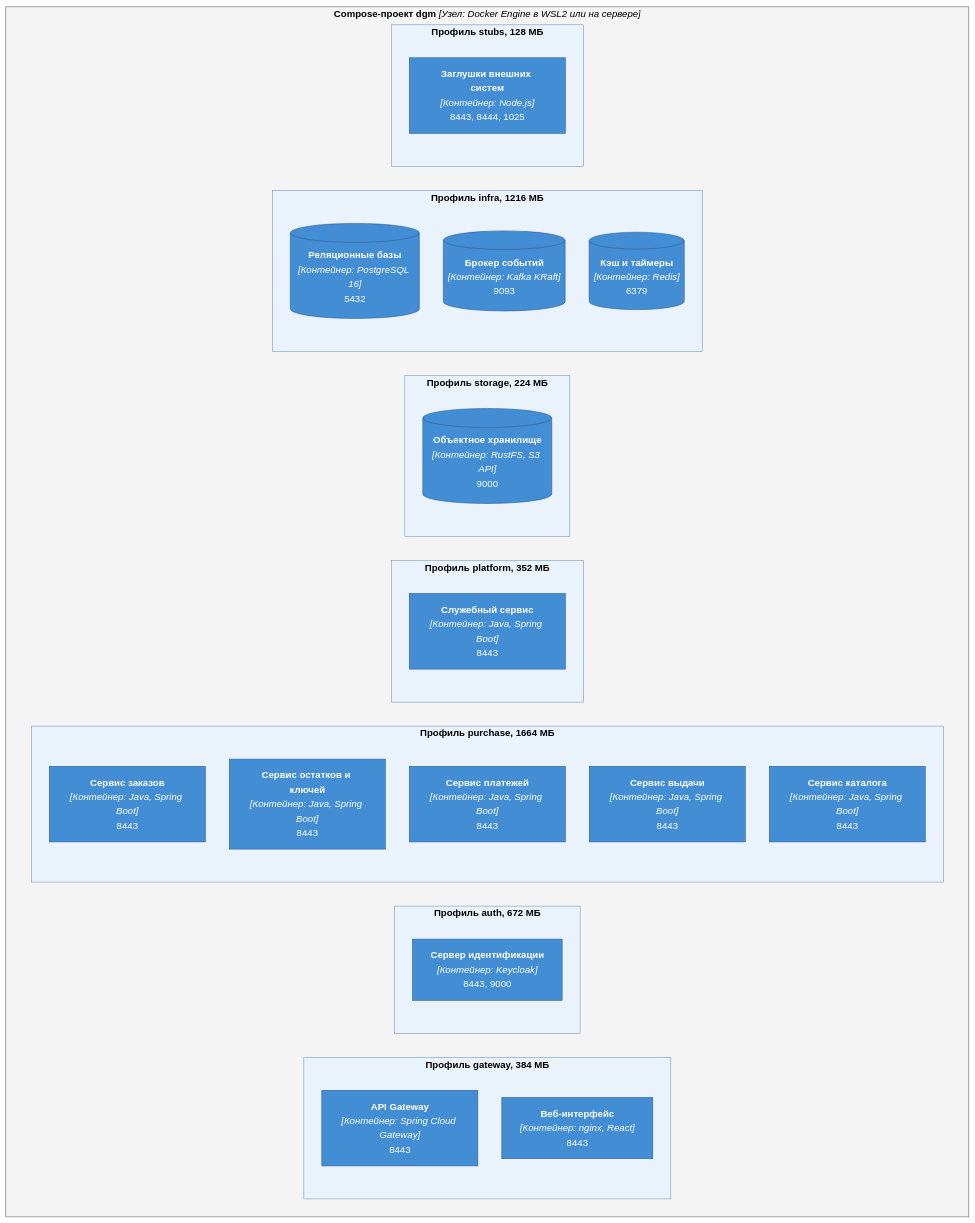
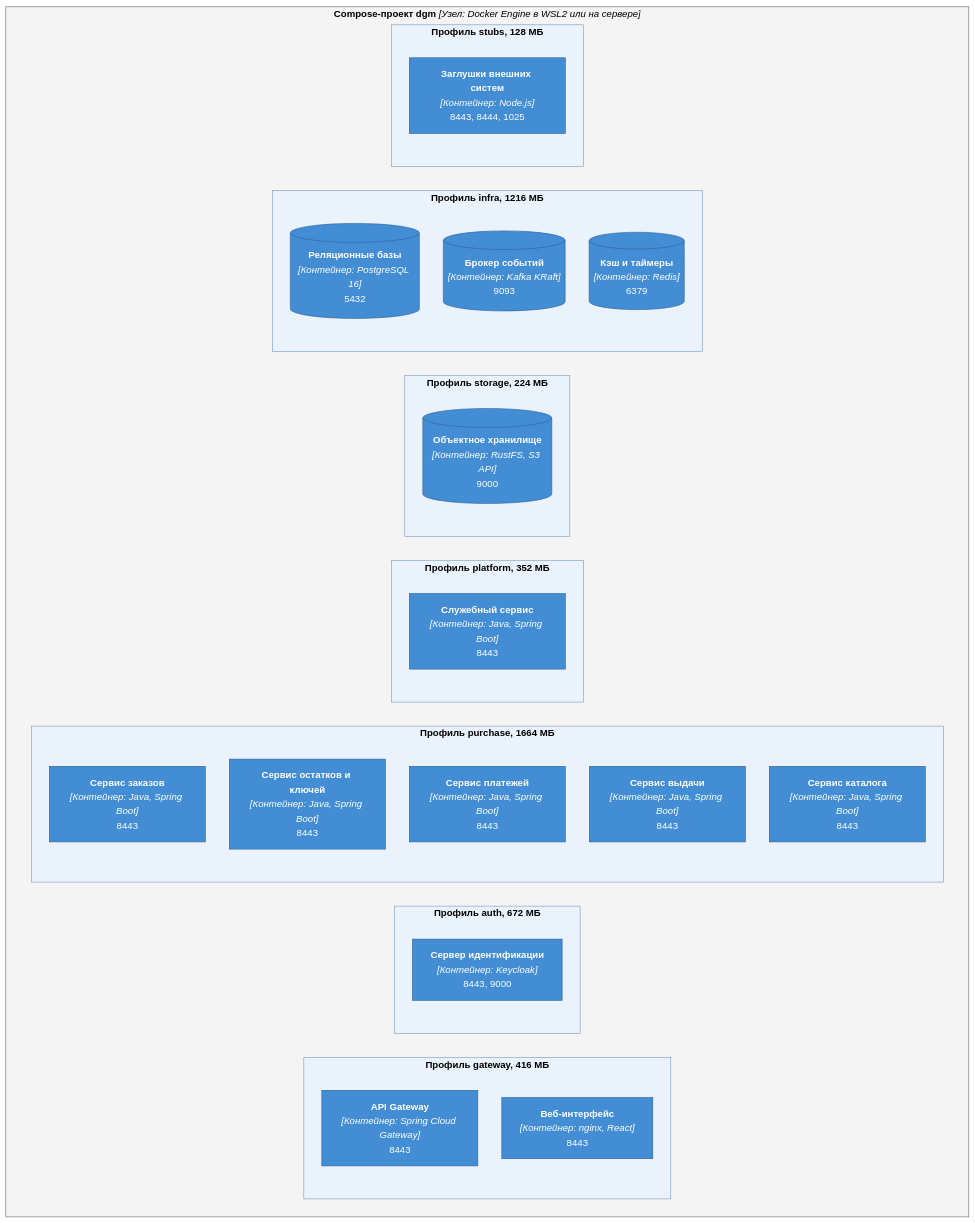
The second of 5 diagrams in docs/05-architecture/c4-deployment.md (Lapin143/digital-goods-marketplace), drawn with Mermaid before and after one commit. The commit also changed other lines of this file and 5 other files, not shown here.

````diff
--- a/docs/05-architecture/c4-deployment.md
+++ b/docs/05-architecture/c4-deployment.md
@@ -78,45 +78,45 @@
 ```mermaid
 %%{init: {"theme":"base","themeVariables":{"edgeLabelBackground":"#ffffff","lineColor":"#444444"},"flowchart": {"nodeSpacing": 40, "rankSpacing": 60, "curve": "basis"}}}%%
 flowchart TB
     subgraph laptop["<b>Compose-проект dgm</b> <i>[Узел: Docker Engine в WSL2 или на сервере]</i>"]
-        subgraph p-gateway["<b>Профиль gateway, 384 МБ</b>"]
+        subgraph p-gateway["<b>Профиль gateway, 416 МБ</b>"]
             api-gateway["<b>API Gateway</b><br/><i>[Контейнер: Spring Cloud Gateway]</i><br/>8443"]
             web-app["<b>Веб-интерфейс</b><br/><i>[Контейнер: nginx, React]</i><br/>8443"]
         end
         subgraph p-auth["<b>Профиль auth, 672 МБ</b>"]
             keycloak["<b>Сервер идентификации</b><br/><i>[Контейнер: Keycloak]</i><br/>8443, 9000"]
         end
         subgraph p-purchase["<b>Профиль purchase, 1664 МБ</b>"]
             order-service["<b>Сервис заказов</b><br/><i>[Контейнер: Java, Spring Boot]</i><br/>8443"]
             inventory-service["<b>Сервис остатков и ключей</b><br/><i>[Контейнер: Java, Spring Boot]</i><br/>8443"]
             payment-service["<b>Сервис платежей</b><br/><i>[Контейнер: Java, Spring Boot]</i><br/>8443"]
             delivery-service["<b>Сервис выдачи</b><br/><i>[Контейнер: Java, Spring Boot]</i><br/>8443"]
             catalog-service["<b>Сервис каталога</b><br/><i>[Контейнер: Java, Spring Boot]</i><br/>8443"]
         end
         subgraph p-platform["<b>Профиль platform, 352 МБ</b>"]
             platform-service["<b>Служебный сервис</b><br/><i>[Контейнер: Java, Spring Boot]</i><br/>8443"]
         end
         subgraph p-storage["<b>Профиль storage, 224 МБ</b>"]
             object-storage[("<b>Объектное хранилище</b><br/><i>[Контейнер: RustFS, S3 API]</i><br/>9000")]
         end
         subgraph p-infra["<b>Профиль infra, 1216 МБ</b>"]
             postgres[("<b>Реляционные базы</b><br/><i>[Контейнер: PostgreSQL 16]</i><br/>5432")]
             kafka[("<b>Брокер событий</b><br/><i>[Контейнер: Kafka KRaft]</i><br/>9093")]
             redis[("<b>Кэш и таймеры</b><br/><i>[Контейнер: Redis]</i><br/>6379")]
         end
         subgraph p-stubs["<b>Профиль stubs, 128 МБ</b>"]
             external-stubs["<b>Заглушки внешних систем</b><br/><i>[Контейнер: Node.js]</i><br/>8443, 8444, 1025"]
         end
     end
 
     classDef container fill:#438dd5,stroke:#2e6295,color:#ffffff
     class api-gateway,web-app,keycloak,order-service,inventory-service,payment-service,delivery-service,catalog-service,platform-service,object-storage,postgres,kafka,redis,external-stubs container
     style laptop fill:#f4f4f4,stroke:#666666,color:#000000
     style p-gateway fill:#eaf2fb,stroke:#7a9cc0,color:#000000
     style p-auth fill:#eaf2fb,stroke:#7a9cc0,color:#000000
     style p-purchase fill:#eaf2fb,stroke:#7a9cc0,color:#000000
     style p-platform fill:#eaf2fb,stroke:#7a9cc0,color:#000000
     style p-storage fill:#eaf2fb,stroke:#7a9cc0,color:#000000
     style p-infra fill:#eaf2fb,stroke:#7a9cc0,color:#000000
     style p-stubs fill:#eaf2fb,stroke:#7a9cc0,color:#000000
 ```
````
